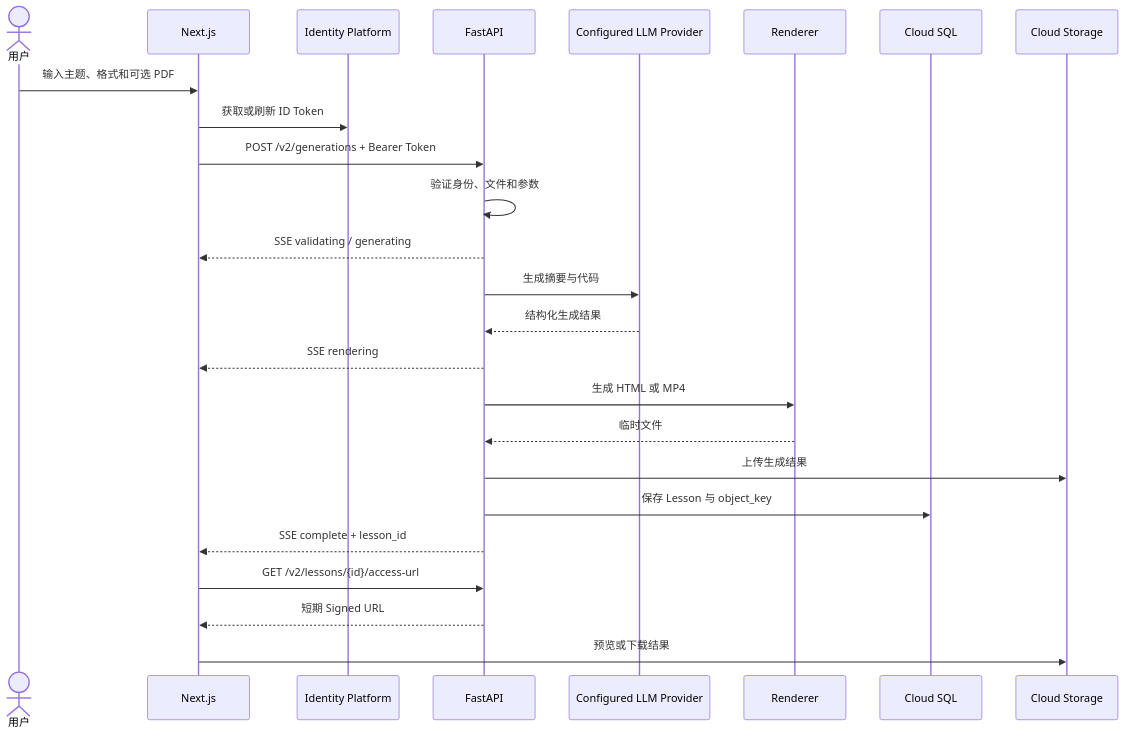
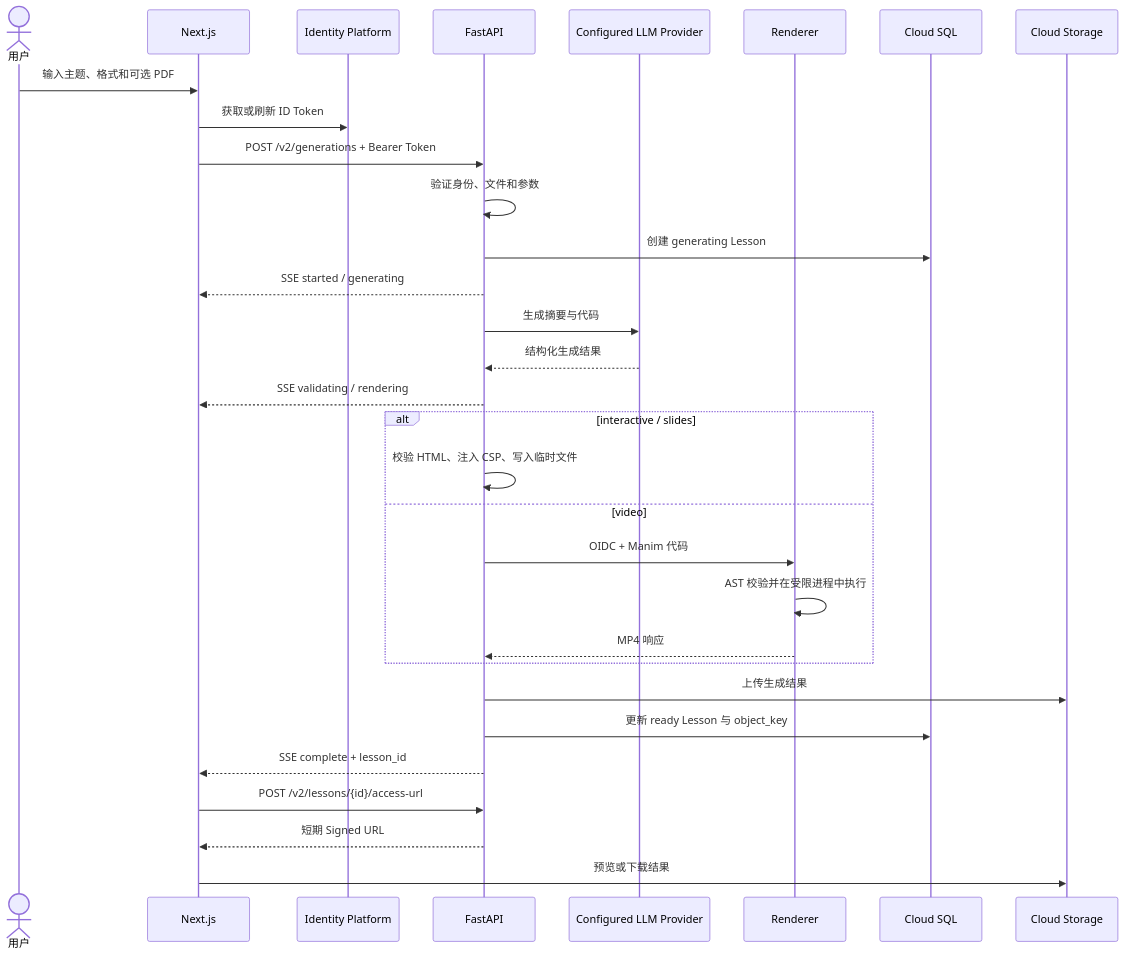
Before and after one commit to avarzhou-ctrl/Chalksmith.ai: the third of 5 diagrams in REFACTOR.md, drawn with Mermaid. The commit also changed other lines of this file and 5343 other files, not shown here.

````diff
--- a/REFACTOR.md
+++ b/REFACTOR.md
@@ -229,28 +256,34 @@
 ```mermaid
 sequenceDiagram
     actor User as 用户
     participant Web as Next.js
     participant Auth as Identity Platform
     participant API as FastAPI
     participant AI as Configured LLM Provider
     participant Render as Renderer
     participant DB as Cloud SQL
     participant GCS as Cloud Storage
 
     User->>Web: 输入主题、格式和可选 PDF
     Web->>Auth: 获取或刷新 ID Token
     Web->>API: POST /v2/generations + Bearer Token
     API->>API: 验证身份、文件和参数
-    API-->>Web: SSE validating / generating
+    API->>DB: 创建 generating Lesson
+    API-->>Web: SSE started / generating
     API->>AI: 生成摘要与代码
     AI-->>API: 结构化生成结果
-    API-->>Web: SSE rendering
-    API->>Render: 生成 HTML 或 MP4
-    Render-->>API: 临时文件
+    API-->>Web: SSE validating / rendering
+    alt interactive / slides
+        API->>API: 校验 HTML、注入 CSP、写入临时文件
+    else video
+        API->>Render: OIDC + Manim 代码
+        Render->>Render: AST 校验并在受限进程中执行
+        Render-->>API: MP4 响应
+    end
     API->>GCS: 上传生成结果
-    API->>DB: 保存 Lesson 与 object_key
+    API->>DB: 更新 ready Lesson 与 object_key
     API-->>Web: SSE complete + lesson_id
-    Web->>API: GET /v2/lessons/{id}/access-url
+    Web->>API: POST /v2/lessons/{id}/access-url
     API-->>Web: 短期 Signed URL
     Web->>GCS: 预览或下载结果
 ```
````
